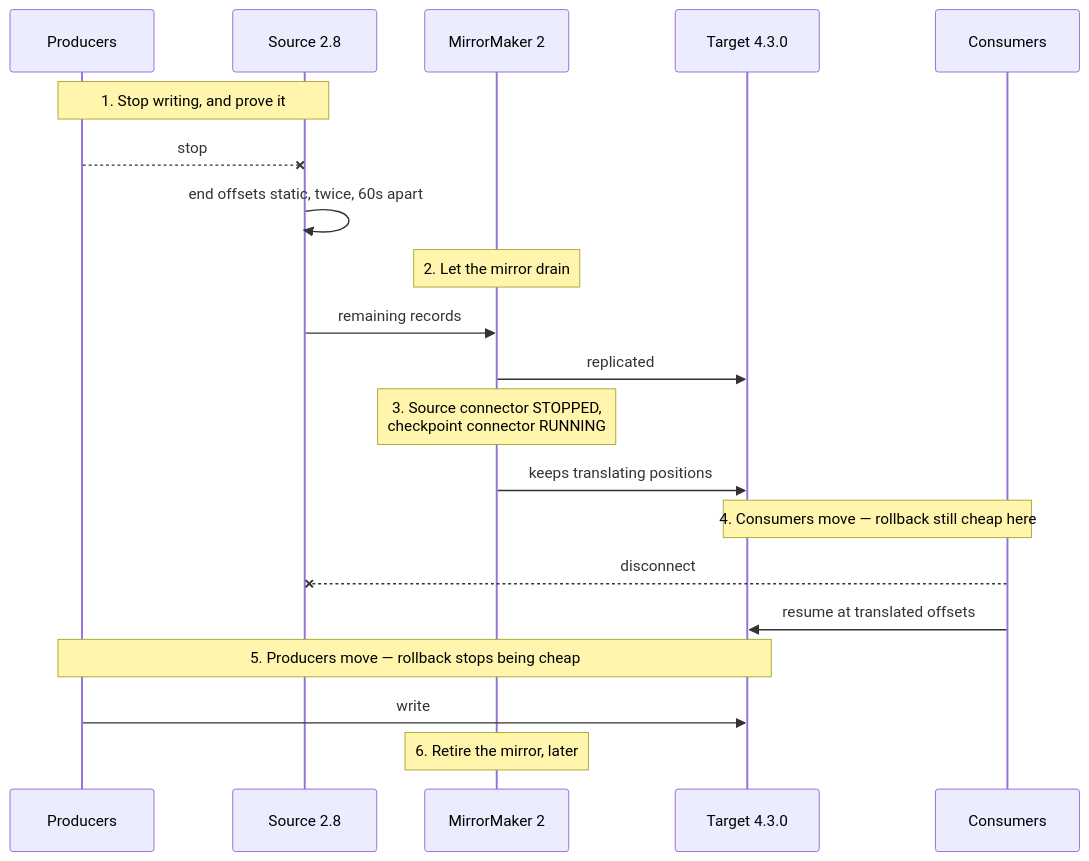
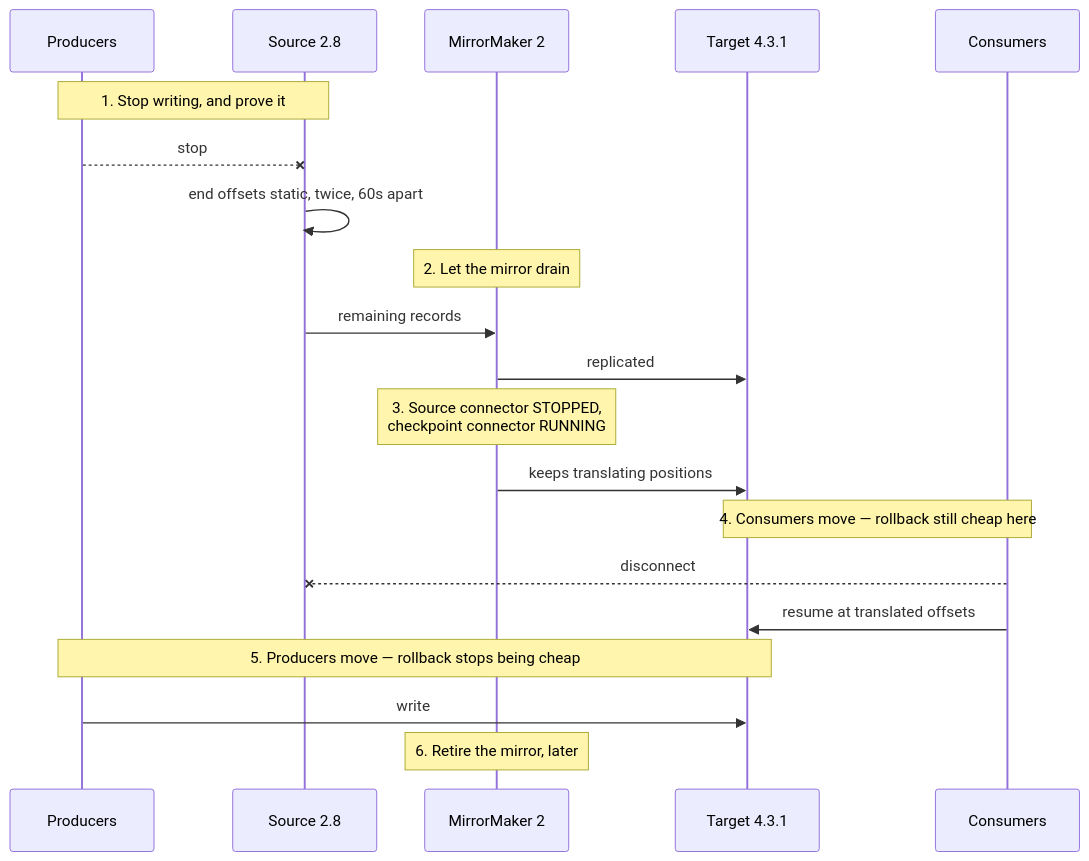
The second of 2 diagrams in charts/mirror-maker2/docs/migration-2.8-to-4.x.md (actions-marketplace-validations/bmscomp_kates), drawn with Mermaid before and after one commit. The commit also changed other lines of this file and 284 other files, not shown here.

````diff
--- a/charts/mirror-maker2/docs/migration-2.8-to-4.x.md
+++ b/charts/mirror-maker2/docs/migration-2.8-to-4.x.md
@@ -251,28 +252,28 @@
 ```mermaid
 sequenceDiagram
     participant P as Producers
     participant S as Source 2.8
     participant M as MirrorMaker 2
-    participant T as Target 4.3.0
+    participant T as Target 4.3.1
     participant C as Consumers
 
     Note over P,S: 1. Stop writing, and prove it
     P--xS: stop
     S->>S: end offsets static, twice, 60s apart
 
     Note over M: 2. Let the mirror drain
     S->>M: remaining records
     M->>T: replicated
 
     Note over M: 3. Source connector STOPPED,<br/>checkpoint connector RUNNING
     M->>T: keeps translating positions
 
     Note over C,T: 4. Consumers move — rollback still cheap here
     C--xS: disconnect
     C->>T: resume at translated offsets
 
     Note over P,T: 5. Producers move — rollback stops being cheap
     P->>T: write
 
     Note over M: 6. Retire the mirror, later
 ```
````
